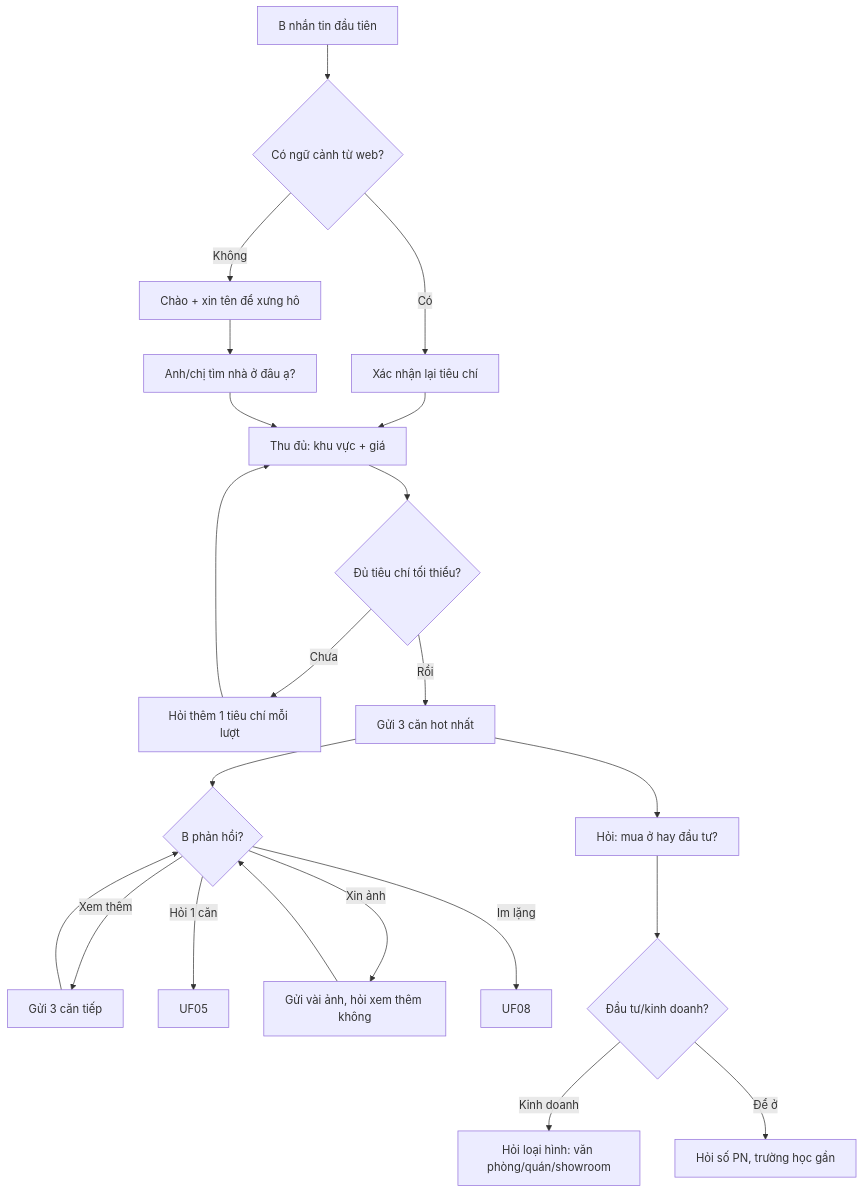
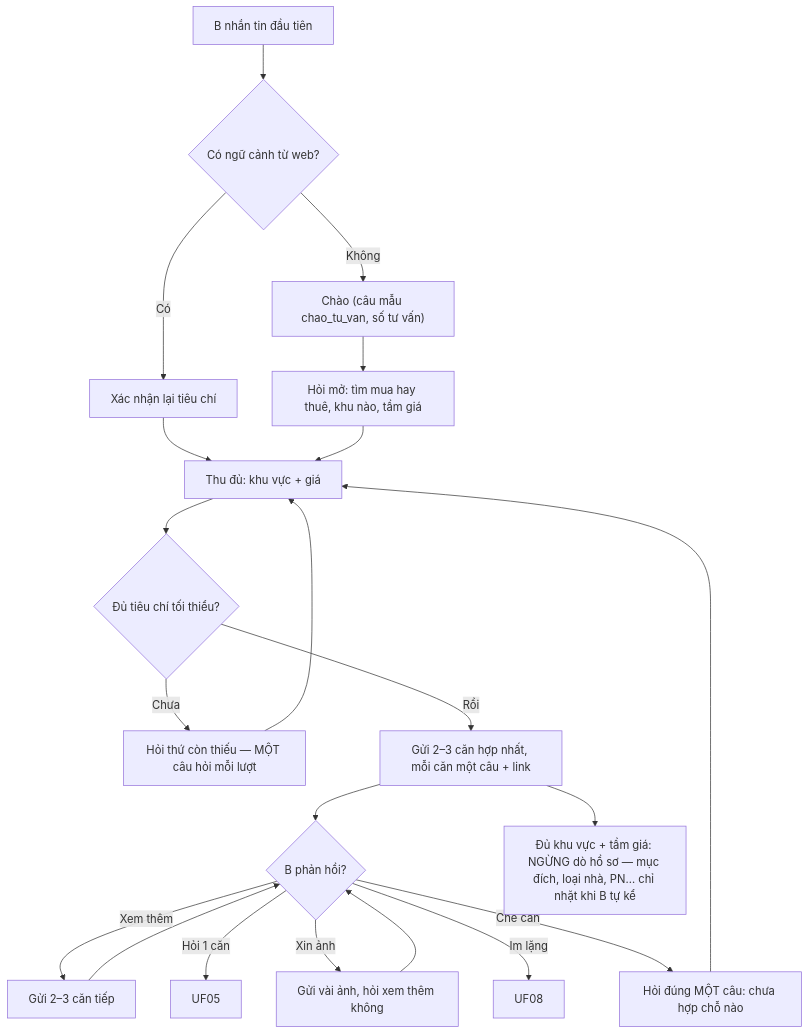
The third of 8 diagrams in docs/03-user-flows.md (quang507/AOND), drawn with Mermaid before and after one commit. The commit also changed other lines of this file and 11 other files, not shown here.

````diff
--- a/docs/03-user-flows.md
+++ b/docs/03-user-flows.md
@@ -94,24 +94,23 @@
 ```mermaid
 flowchart TD
     A[B nhắn tin đầu tiên] --> B{Có ngữ cảnh từ web?}
     B -->|Có| C[Xác nhận lại tiêu chí]
-    B -->|Không| D["Chào + xin tên để xưng hô"]
-    D --> E["Anh/chị tìm nhà ở đâu ạ?"]
+    B -->|Không| D["Chào (câu mẫu chao_tu_van, số tư vấn)"]
+    D --> E["Hỏi mở: tìm mua hay thuê, khu nào, tầm giá"]
     C --> F[Thu đủ: khu vực + giá]
     E --> F
     F --> G{Đủ tiêu chí tối thiểu?}
-    G -->|Chưa| H[Hỏi thêm 1 tiêu chí mỗi lượt]
+    G -->|Chưa| H[Hỏi thứ còn thiếu — MỘT câu hỏi mỗi lượt]
     H --> F
-    G -->|Rồi| I["Gửi 3 căn hot nhất"]
+    G -->|Rồi| I["Gửi 2–3 căn hợp nhất, mỗi căn một câu + link"]
     I --> J{B phản hồi?}
-    J -->|Xem thêm| K[Gửi 3 căn tiếp]
+    J -->|Xem thêm| K[Gửi 2–3 căn tiếp]
     J -->|Hỏi 1 căn| UF05
     J -->|Xin ảnh| L[Gửi vài ảnh, hỏi xem thêm không]
     J -->|Im lặng| UF08
     K --> J
     L --> J
-    I --> M["Hỏi: mua ở hay đầu tư?"]
-    M --> N{Đầu tư/kinh doanh?}
-    N -->|Kinh doanh| O["Hỏi loại hình: văn phòng/quán/showroom"]
-    N -->|Để ở| P[Hỏi số PN, trường học gần]
+    I --> M["Đủ khu vực + tầm giá: NGỪNG dò hồ sơ — mục đích, loại nhà, PN… chỉ nhặt khi B tự kể"]
+    J -->|Chê căn| N["Hỏi đúng MỘT câu: chưa hợp chỗ nào"]
+    N --> F
 ```
````
